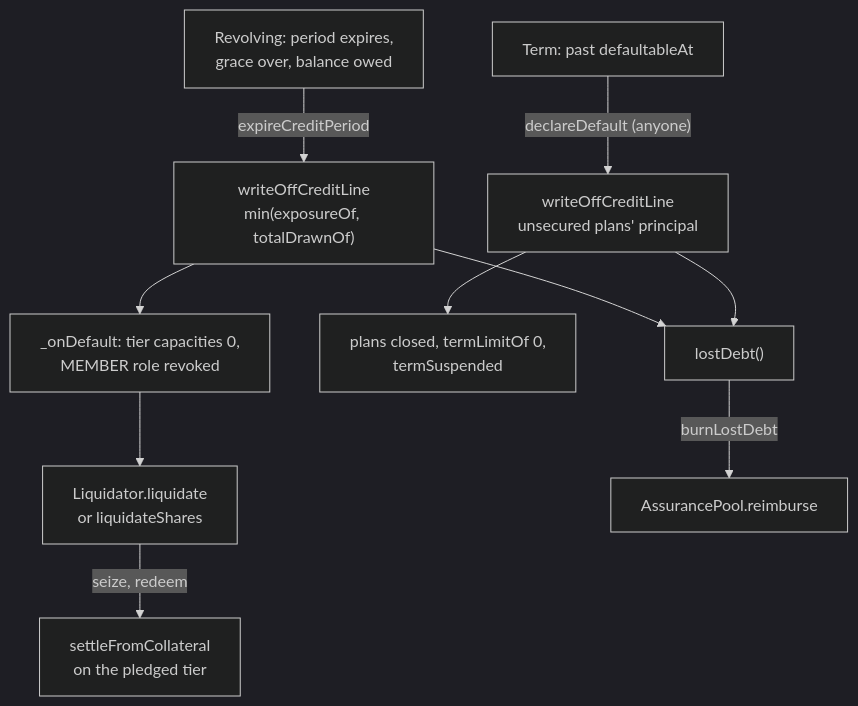
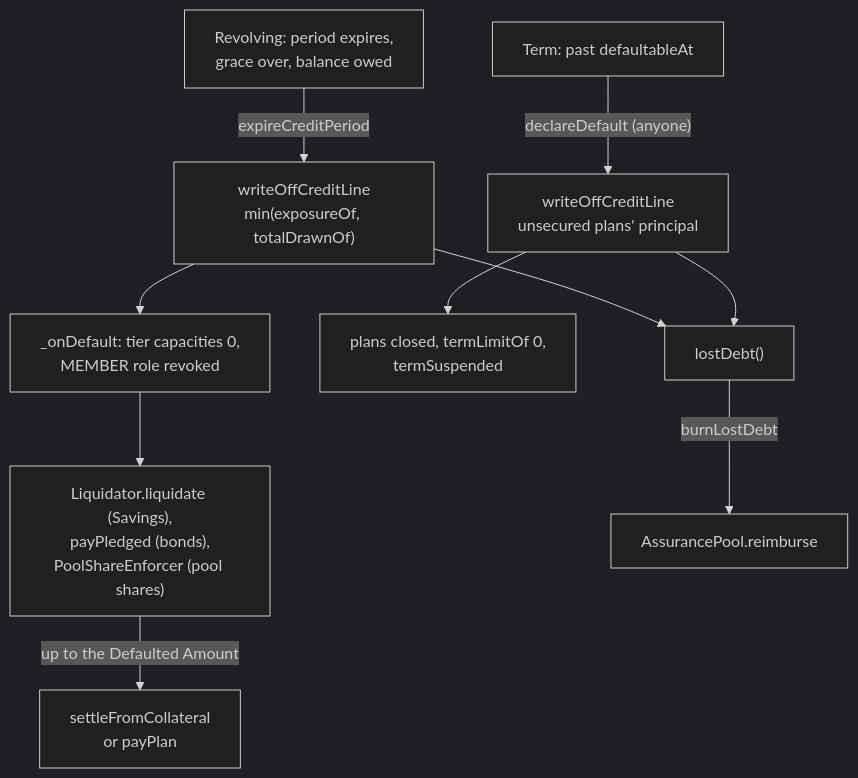
Before and after one commit to Deed3Labs/Protocol-Contracts: the diagram in docs/protocol/credit.md, drawn with Mermaid (dark theme). The commit also changed other lines of this file and 33 other files, not shown here.

First line of the commit message:
[skip preview] Phase 2f stage 2: PoolShareEnforcer, Liquidator slim-down and MB-05 enforcement rules

````diff
--- a/docs/protocol/credit.md
+++ b/docs/protocol/credit.md
@@ -440,12 +440,12 @@
 ```mermaid
 flowchart TD
   R["Revolving: period expires,<br/>grace over, balance owed"] -->|"expireCreditPeriod"| WR["writeOffCreditLine<br/>min(exposureOf, totalDrawnOf)"]
   WR --> OD["_onDefault: tier capacities 0,<br/>MEMBER role revoked"]
-  OD --> LQ["Liquidator.liquidate<br/>or liquidateShares"]
-  LQ -->|"seize, redeem"| SF["settleFromCollateral<br/>on the pledged tier"]
+  OD --> LQ["Liquidator.liquidate (Savings),<br/>payPledged (bonds),<br/>PoolShareEnforcer (pool shares)"]
+  LQ -->|"up to the Defaulted Amount"| SF["settleFromCollateral<br/>or payPlan"]
   T["Term: past defaultableAt"] -->|"declareDefault (anyone)"| WT["writeOffCreditLine<br/>unsecured plans' principal"]
   WT --> TS["plans closed, termLimitOf 0,<br/>termSuspended"]
   WR --> LD["lostDebt()"]
   WT --> LD
   LD -->|"burnLostDebt"| AP["AssurancePool.reimburse"]
 ```
````
